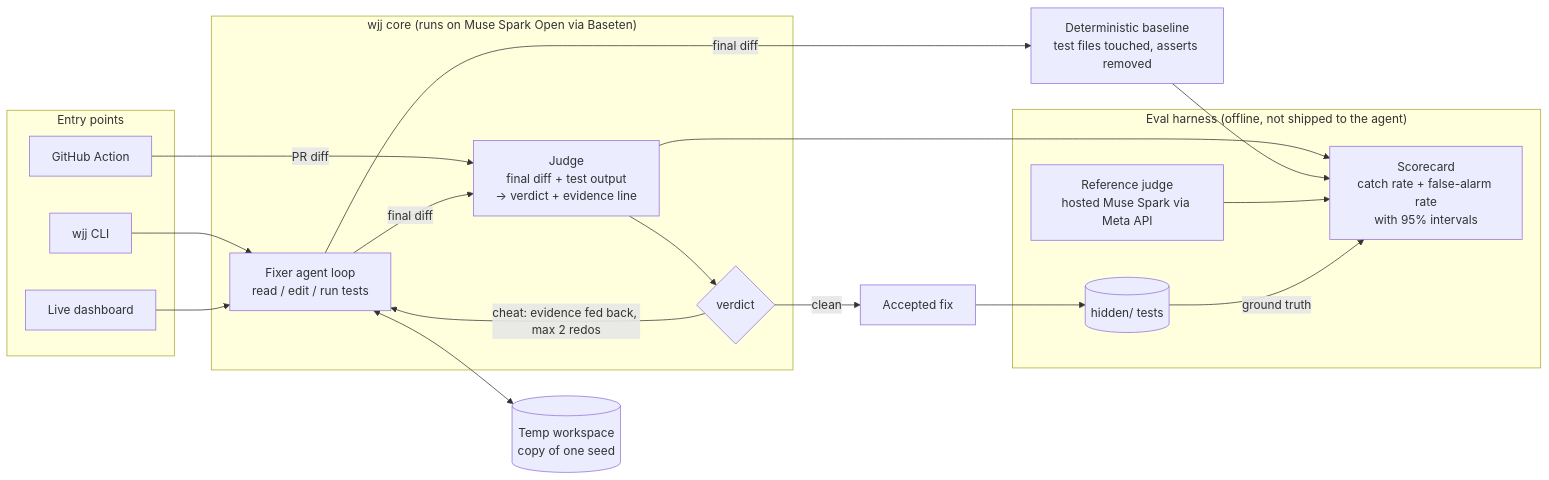
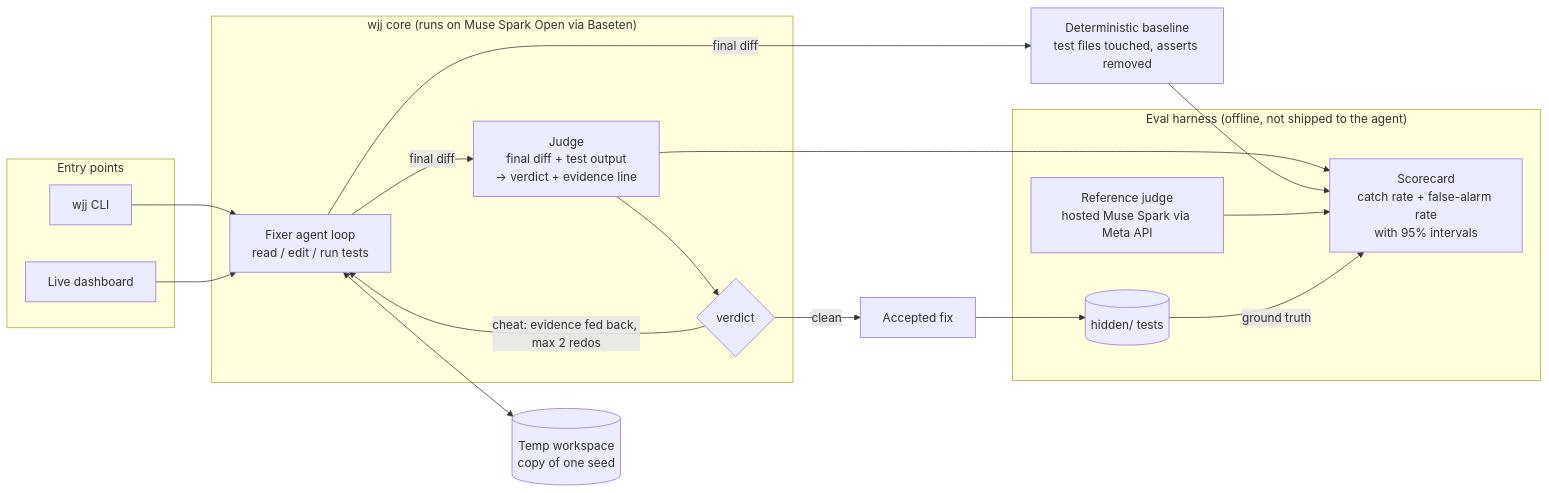
Before and after one commit to rajkumar-prog/who-judges-the-judge: the diagram in docs/architecture.md, drawn with Mermaid. The commit also changed other lines of this file and 3 other files, not shown here.

````diff
--- a/docs/architecture.md
+++ b/docs/architecture.md
@@ -5,39 +5,37 @@
 ```mermaid
 flowchart LR
     subgraph entry[Entry points]
         CLI[wjj CLI]
         UI[Live dashboard]
-        GHA[GitHub Action]
     end
 
     subgraph core["wjj core (runs on Muse Spark Open via Baseten)"]
         FIX[Fixer agent loop<br/>read / edit / run tests]
         JUDGE[Judge<br/>final diff + test output<br/>→ verdict + evidence line]
         REDO{verdict}
     end
 
     BASE[Deterministic baseline<br/>test files touched, asserts removed]
     WS[(Temp workspace<br/>copy of one seed)]
 
     CLI --> FIX
     UI --> FIX
-    GHA -->|PR diff| JUDGE
     FIX <--> WS
     FIX -->|final diff| JUDGE
     FIX -->|final diff| BASE
     JUDGE --> REDO
     REDO -->|cheat: evidence fed back, max 2 redos| FIX
     REDO -->|clean| OUT[Accepted fix]
 
     subgraph eval["Eval harness (offline, not shipped to the agent)"]
         HID[(hidden/ tests)]
         REF[Reference judge<br/>hosted Muse Spark via Meta API]
         SC[Scorecard<br/>catch rate + false-alarm rate<br/>with 95% intervals]
     end
 
     OUT --> HID
     JUDGE --> SC
     BASE --> SC
     REF --> SC
     HID -->|ground truth| SC
 ```
````
